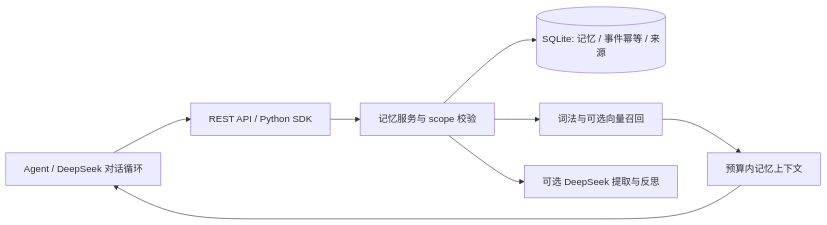
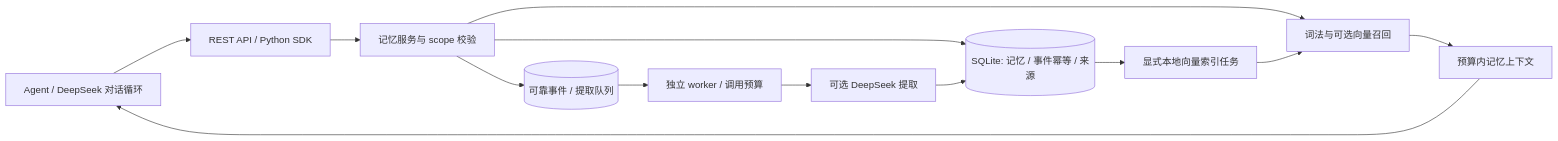
Before and after one commit to dewbreak/fishkeeping: the diagram in docs/architecture.md, drawn with Mermaid. The commit also changed other lines of this file and 50 other files, not shown here.

````diff
--- a/docs/architecture.md
+++ b/docs/architecture.md
@@ -20,10 +21,15 @@
 ```mermaid
 flowchart LR
   A[Agent / DeepSeek 对话循环] --> B[REST API / Python SDK]
   B --> C[记忆服务与 scope 校验]
   C --> D[(SQLite: 记忆 / 事件幂等 / 来源)]
   C --> E[词法与可选向量召回]
-  C --> F[可选 DeepSeek 提取与反思]
+  C --> Q[(可靠事件 / 提取队列)]
+  Q --> W[独立 worker / 调用预算]
+  W --> F[可选 DeepSeek 提取]
+  F --> D
+  D --> I[显式本地向量索引任务]
+  I --> E
   E --> G[预算内记忆上下文]
   G --> A
 ```
````
